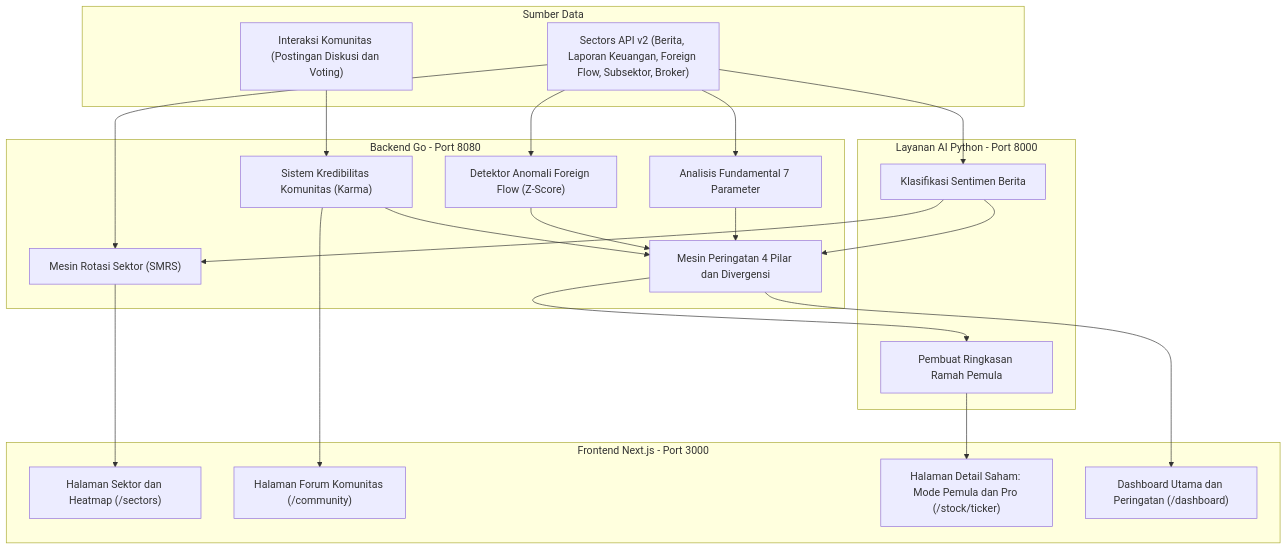
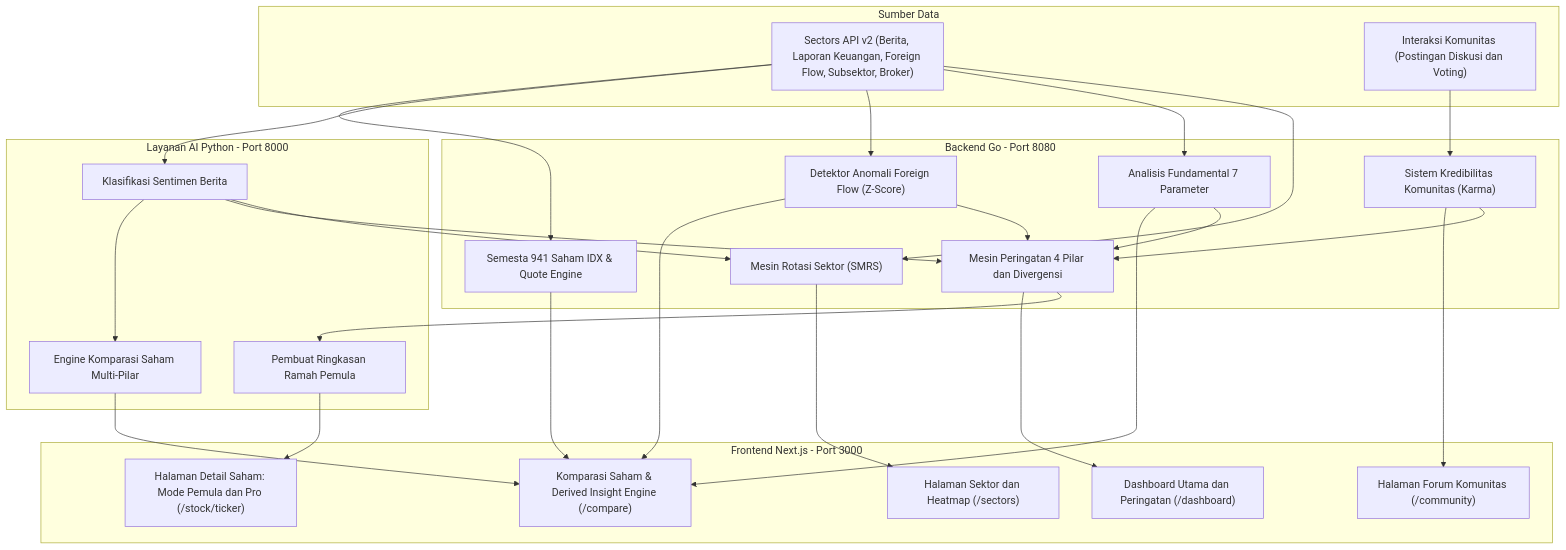
One commit to wkloose/sector-insight changed the diagram in README.md. Above: the diagram before and after it, drawn with Mermaid. The commit also changed other lines of this file and 1 other file, not shown here.

Commit message:
docs: update system architecture, feature breakdown, directory structure, and endpoints for stock comparison engine

````diff
--- a/README.md
+++ b/README.md
@@ -31,43 +33,52 @@
 ```mermaid
 graph TD
     subgraph DATA["Sumber Data"]
         SEC["Sectors API v2 (Berita, Laporan Keuangan, Foreign Flow, Subsektor, Broker)"]
         COM["Interaksi Komunitas (Postingan Diskusi dan Voting)"]
     end
 
     subgraph BACKEND["Backend Go - Port 8080"]
         SMRS["Mesin Rotasi Sektor (SMRS)"]
         FUND["Analisis Fundamental 7 Parameter"]
         FLOW["Detektor Anomali Foreign Flow (Z-Score)"]
         KARMA["Sistem Kredibilitas Komunitas (Karma)"]
         ALERT["Mesin Peringatan 4 Pilar dan Divergensi"]
+        IDX_UNIV["Semesta 941 Saham IDX & Quote Engine"]
     end
 
     subgraph AI["Layanan AI Python - Port 8000"]
         NLP_SENT["Klasifikasi Sentimen Berita"]
         NLP_BRIEF["Pembuat Ringkasan Ramah Pemula"]
+        NLP_COMPARE["Engine Komparasi Saham Multi-Pilar"]
     end
 
     subgraph FRONTEND["Frontend Next.js - Port 3000"]
         UI_SECTORS["Halaman Sektor dan Heatmap (/sectors)"]
         UI_COMMUNITY["Halaman Forum Komunitas (/community)"]
         UI_STOCK["Halaman Detail Saham: Mode Pemula dan Pro (/stock/ticker)"]
         UI_DASHBOARD["Dashboard Utama dan Peringatan (/dashboard)"]
+        UI_COMPARE["Komparasi Saham & Derived Insight Engine (/compare)"]
     end
 
     SEC --> SMRS
     SEC --> FUND
     SEC --> FLOW
     SEC --> NLP_SENT
+    SEC --> IDX_UNIV
     COM --> KARMA
     NLP_SENT --> SMRS
     NLP_SENT --> ALERT
+    NLP_SENT --> NLP_COMPARE
     FUND --> ALERT
+    FUND --> UI_COMPARE
     FLOW --> ALERT
+    FLOW --> UI_COMPARE
     KARMA --> ALERT
     ALERT --> NLP_BRIEF
+    IDX_UNIV --> UI_COMPARE
+    NLP_COMPARE --> UI_COMPARE
     SMRS --> UI_SECTORS
     KARMA --> UI_COMMUNITY
     NLP_BRIEF --> UI_STOCK
     ALERT --> UI_DASHBOARD
 ```
````
